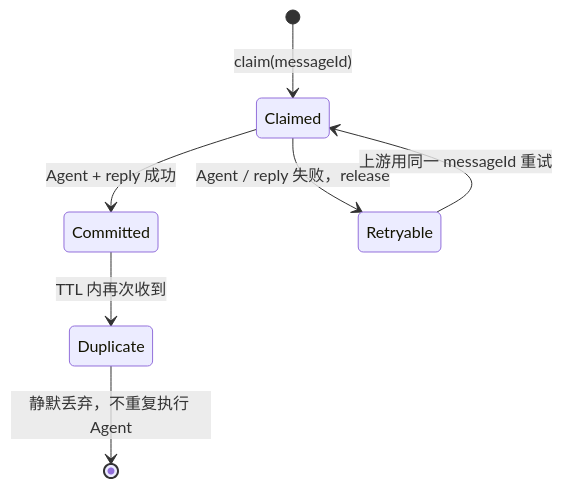
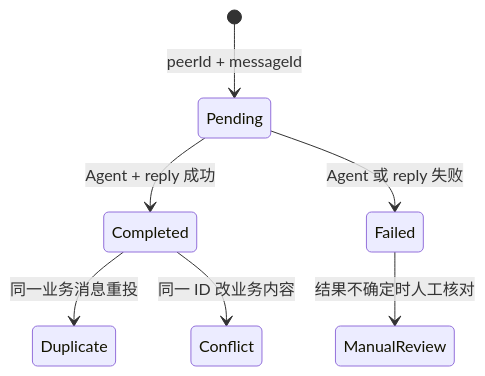
The fourth of 6 diagrams in extensions/web-socket/README.zh-CN.md (partme-ai/openclaw-plugins), drawn with Mermaid before and after one commit. The commit also changed other lines of this file and 179 other files, not shown here.

````diff
--- a/extensions/web-socket/README.zh-CN.md
+++ b/extensions/web-socket/README.zh-CN.md
@@ -237,9 +236,9 @@
 ```mermaid
 stateDiagram-v2
-  [*] --> Claimed: claim(messageId)
-  Claimed --> Committed: Agent + reply 成功
-  Claimed --> Retryable: Agent / reply 失败，release
-  Retryable --> Claimed: 上游用同一 messageId 重试
-  Committed --> Duplicate: TTL 内再次收到
-  Duplicate --> [*]: 静默丢弃，不重复执行 Agent
+  [*] --> Pending: peerId + messageId
+  Pending --> Completed: Agent + reply 成功
+  Pending --> Failed: Agent 或 reply 失败
+  Completed --> Duplicate: 同一业务消息重投
+  Completed --> Conflict: 同一 ID 改业务内容
+  Failed --> ManualReview: 结果不确定时人工核对
 ```
````
